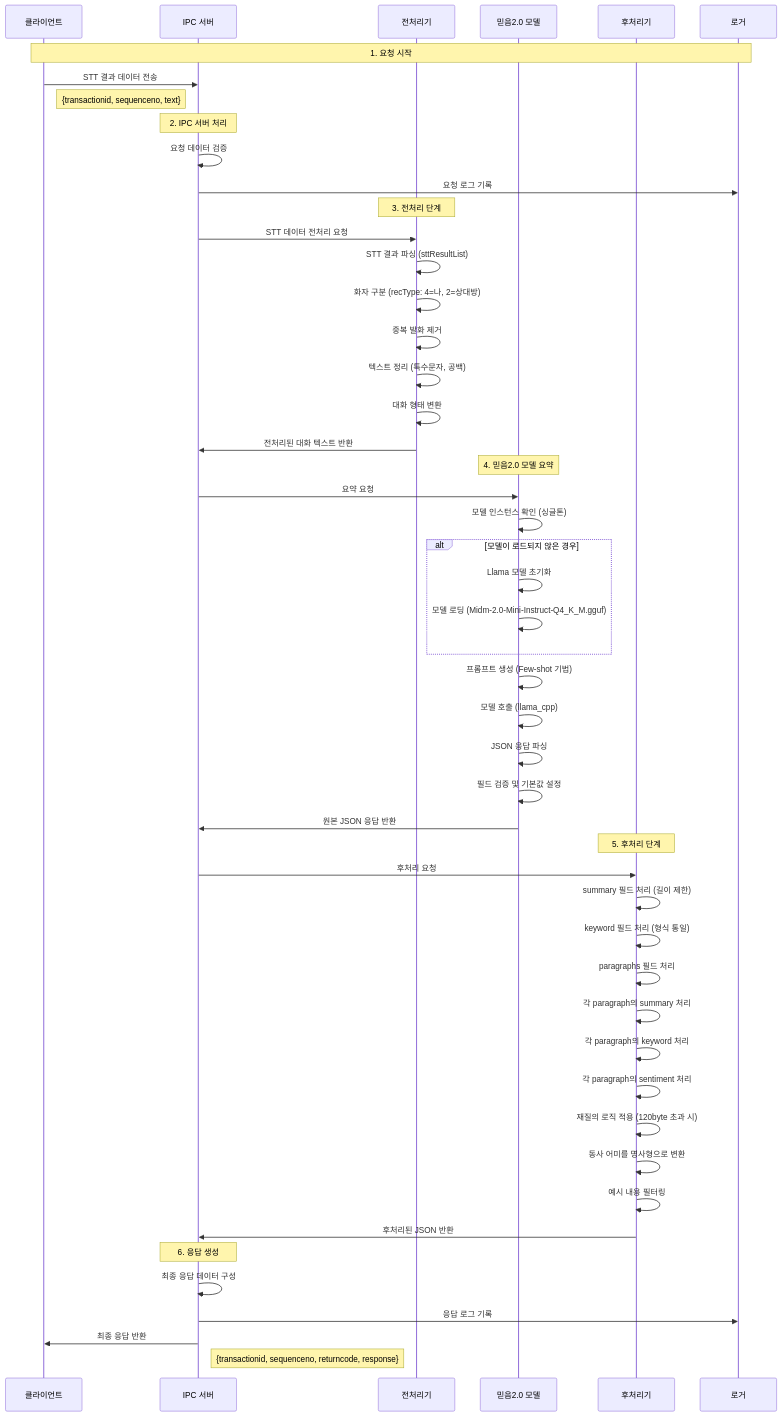
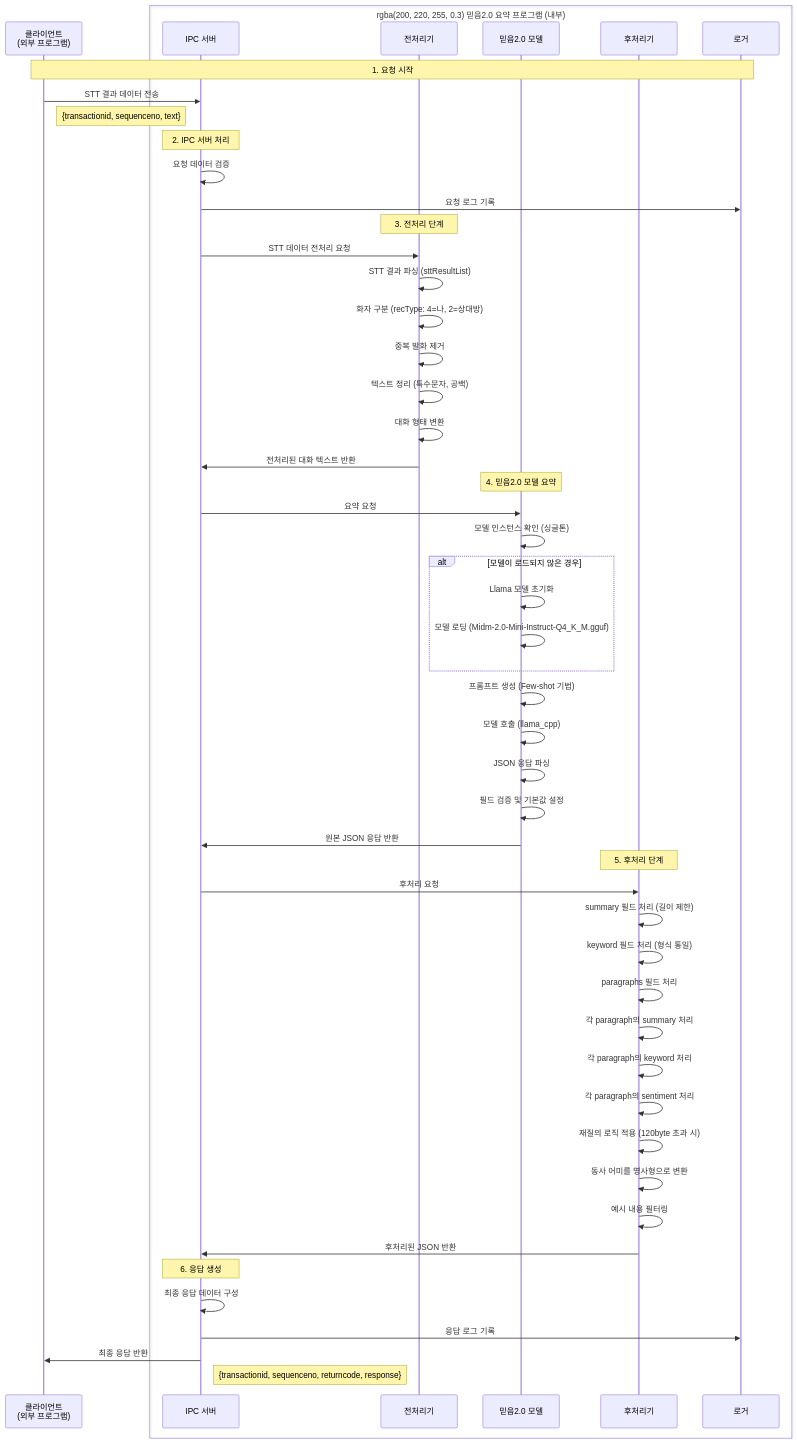
Before and after one commit to hak023/gemma-summarizer-poc: the first of 5 diagrams in sequence_diagram.md, drawn with Mermaid. The commit also changed other lines of this file and 2 other files, not shown here.

First line of the commit message:
시퀀스 다이어그램 수정: 외부/내부 프로그램 구분 명시

````diff
--- a/sequence_diagram.md
+++ b/sequence_diagram.md
@@ -5,58 +5,61 @@
 ```mermaid
 sequenceDiagram
-    participant Client as 클라이언트
-    participant IPC as IPC 서버
-    participant Preprocessor as 전처리기
-    participant Gemma as 믿음2.0 모델
-    participant Postprocessor as 후처리기
-    participant Logger as 로거
+    participant Client as 클라이언트<br/>(외부 프로그램)
+    
+    box rgba(200, 220, 255, 0.3) 믿음2.0 요약 프로그램 (내부)
+        participant IPC as IPC 서버
+        participant Preprocessor as 전처리기
+        participant Gemma as 믿음2.0 모델
+        participant Postprocessor as 후처리기
+        participant Logger as 로거
+    end
 
     Note over Client,Logger: 1. 요청 시작
     Client->>IPC: STT 결과 데이터 전송
     Note right of Client: {transactionid, sequenceno, text}
     
     Note over IPC: 2. IPC 서버 처리
     IPC->>IPC: 요청 데이터 검증
     IPC->>Logger: 요청 로그 기록
     
     Note over Preprocessor: 3. 전처리 단계
     IPC->>Preprocessor: STT 데이터 전처리 요청
     Preprocessor->>Preprocessor: STT 결과 파싱 (sttResultList)
     Preprocessor->>Preprocessor: 화자 구분 (recType: 4=나, 2=상대방)
     Preprocessor->>Preprocessor: 중복 발화 제거
     Preprocessor->>Preprocessor: 텍스트 정리 (특수문자, 공백)
     Preprocessor->>Preprocessor: 대화 형태 변환
     Preprocessor->>IPC: 전처리된 대화 텍스트 반환
     
     Note over Gemma: 4. 믿음2.0 모델 요약
     IPC->>Gemma: 요약 요청
     Gemma->>Gemma: 모델 인스턴스 확인 (싱글톤)
     alt 모델이 로드되지 않은 경우
         Gemma->>Gemma: Llama 모델 초기화
         Gemma->>Gemma: 모델 로딩 (Midm-2.0-Mini-Instruct-Q4_K_M.gguf)
     end
     Gemma->>Gemma: 프롬프트 생성 (Few-shot 기법)
     Gemma->>Gemma: 모델 호출 (llama_cpp)
     Gemma->>Gemma: JSON 응답 파싱
     Gemma->>Gemma: 필드 검증 및 기본값 설정
     Gemma->>IPC: 원본 JSON 응답 반환
     
     Note over Postprocessor: 5. 후처리 단계
     IPC->>Postprocessor: 후처리 요청
     Postprocessor->>Postprocessor: summary 필드 처리 (길이 제한)
     Postprocessor->>Postprocessor: keyword 필드 처리 (형식 통일)
     Postprocessor->>Postprocessor: paragraphs 필드 처리
     Postprocessor->>Postprocessor: 각 paragraph의 summary 처리
     Postprocessor->>Postprocessor: 각 paragraph의 keyword 처리
     Postprocessor->>Postprocessor: 각 paragraph의 sentiment 처리
     Postprocessor->>Postprocessor: 재질의 로직 적용 (120byte 초과 시)
     Postprocessor->>Postprocessor: 동사 어미를 명사형으로 변환
     Postprocessor->>Postprocessor: 예시 내용 필터링
     Postprocessor->>IPC: 후처리된 JSON 반환
     
     Note over IPC: 6. 응답 생성
     IPC->>IPC: 최종 응답 데이터 구성
     IPC->>Logger: 응답 로그 기록
     IPC->>Client: 최종 응답 반환
     Note right of IPC: {transactionid, sequenceno, returncode, response}
 ```
````
